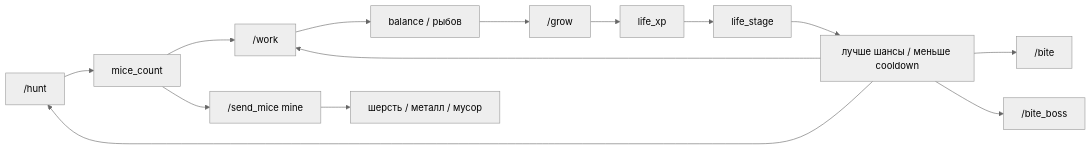
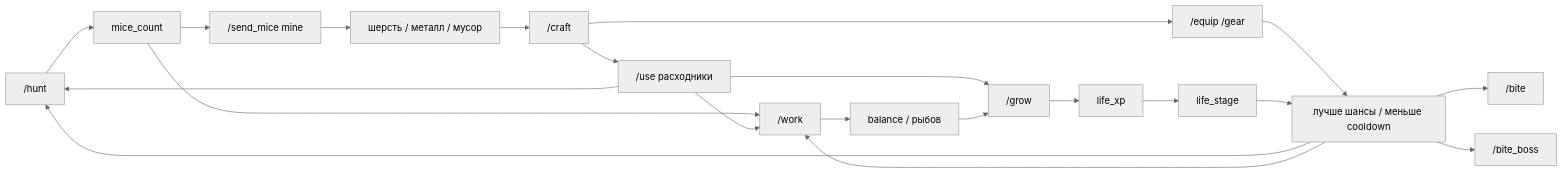
The second of 3 diagrams in docs/project_diagram.md (jobesjoestarReserve/catsyndicate_bot), drawn with Mermaid (neutral theme) before and after one commit. The commit also changed other lines of this file and 19 other files, not shown here.

Commit message:
feat: add crafting and mouse job flow

````diff
--- a/docs/project_diagram.md
+++ b/docs/project_diagram.md
@@ -73,16 +88,23 @@
 ```mermaid
 flowchart LR
     HUNT["/hunt"] --> MICE["mice_count"]
     MICE --> WORK["/work"]
     MICE --> MINE["/send_mice mine"]
     WORK --> FISH["balance / рыбов"]
     MINE --> RES["шерсть / металл / мусор"]
+    RES --> CRAFT["/craft"]
+    CRAFT --> GEAR["/equip /gear"]
+    CRAFT --> BUFFS["/use расходники"]
+    GEAR --> POWER
+    BUFFS --> GROW
+    BUFFS --> HUNT
+    BUFFS --> WORK
     FISH --> GROW["/grow"]
     GROW --> XP["life_xp"]
     XP --> LIFE["life_stage"]
     LIFE --> POWER["лучше шансы / меньше cooldown"]
     POWER --> HUNT
     POWER --> WORK
     POWER --> BITE["/bite"]
     POWER --> BOSS["/bite_boss"]
 ```
````
